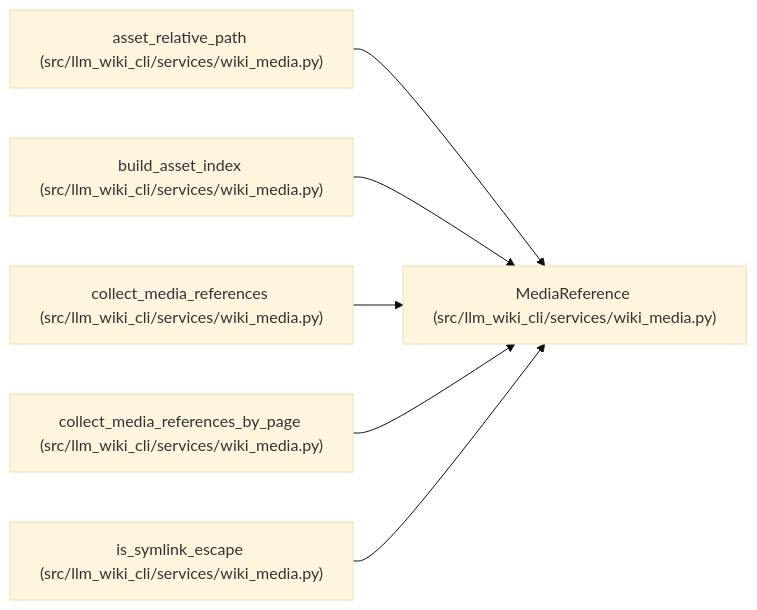
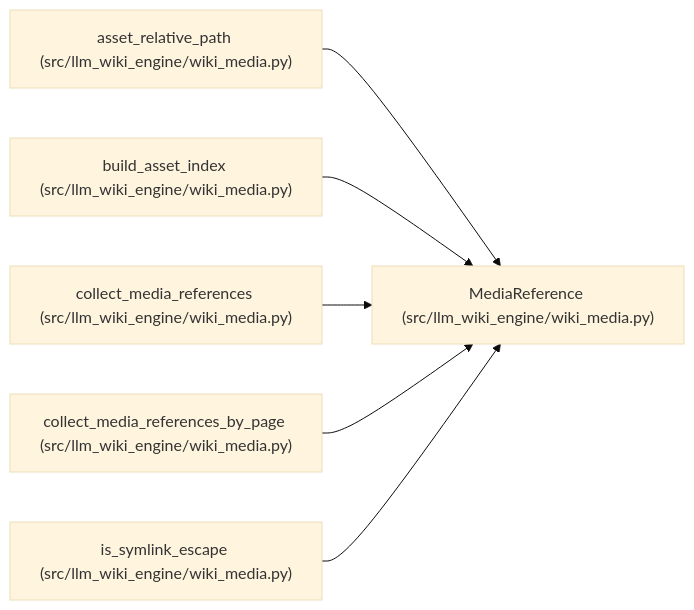
The diagram in docs/llm_wiki/entities/MediaReference.md (Denissvgn/python-wiki-llm), drawn with Mermaid (base theme) before and after one commit. The commit also changed other lines of this file and 1103 other files, not shown here.

First line of the commit message:
docs: refresh the wiki for the llm-wiki-engine distribution

````diff
--- a/docs/llm_wiki/entities/MediaReference.md
+++ b/docs/llm_wiki/entities/MediaReference.md
@@ -34,20 +34,20 @@
 ```mermaid
 flowchart LR
-    n0["MediaReference (src/llm_wiki_cli/services/wiki_media.py)"]
-    n1["asset_relative_path (src/llm_wiki_cli/services/wiki_media.py)"]
-    n2["build_asset_index (src/llm_wiki_cli/services/wiki_media.py)"]
-    n3["collect_media_references (src/llm_wiki_cli/services/wiki_media.py)"]
-    n4["collect_media_references_by_page (src/llm_wiki_cli/services/wiki_media.py)"]
-    n5["is_symlink_escape (src/llm_wiki_cli/services/wiki_media.py)"]
+    n0["MediaReference (src/llm_wiki_engine/wiki_media.py)"]
+    n1["asset_relative_path (src/llm_wiki_engine/wiki_media.py)"]
+    n2["build_asset_index (src/llm_wiki_engine/wiki_media.py)"]
+    n3["collect_media_references (src/llm_wiki_engine/wiki_media.py)"]
+    n4["collect_media_references_by_page (src/llm_wiki_engine/wiki_media.py)"]
+    n5["is_symlink_escape (src/llm_wiki_engine/wiki_media.py)"]
     n1 --> n0
     n2 --> n0
     n3 --> n0
     n4 --> n0
     n5 --> n0
     click n0 "../modules/wiki_media.md"
     click n1 "../modules/wiki_media.md"
     click n2 "../modules/wiki_media.md"
     click n3 "../modules/wiki_media.md"
     click n4 "../modules/wiki_media.md"
     click n5 "../modules/wiki_media.md"
 ```
````
